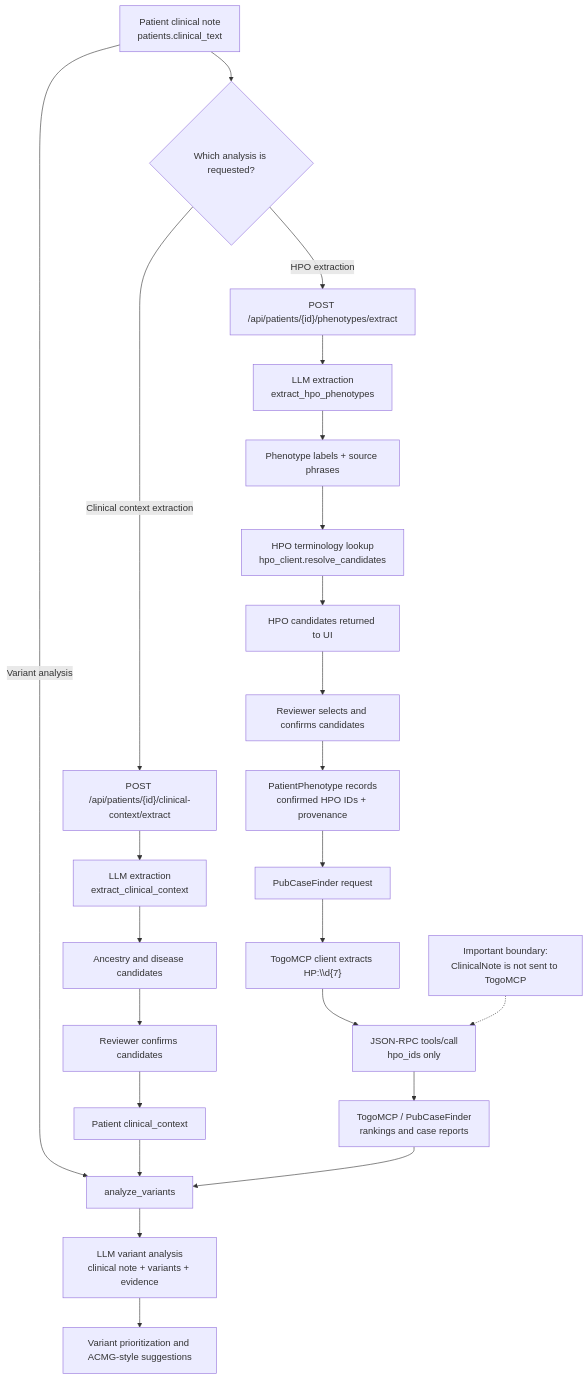
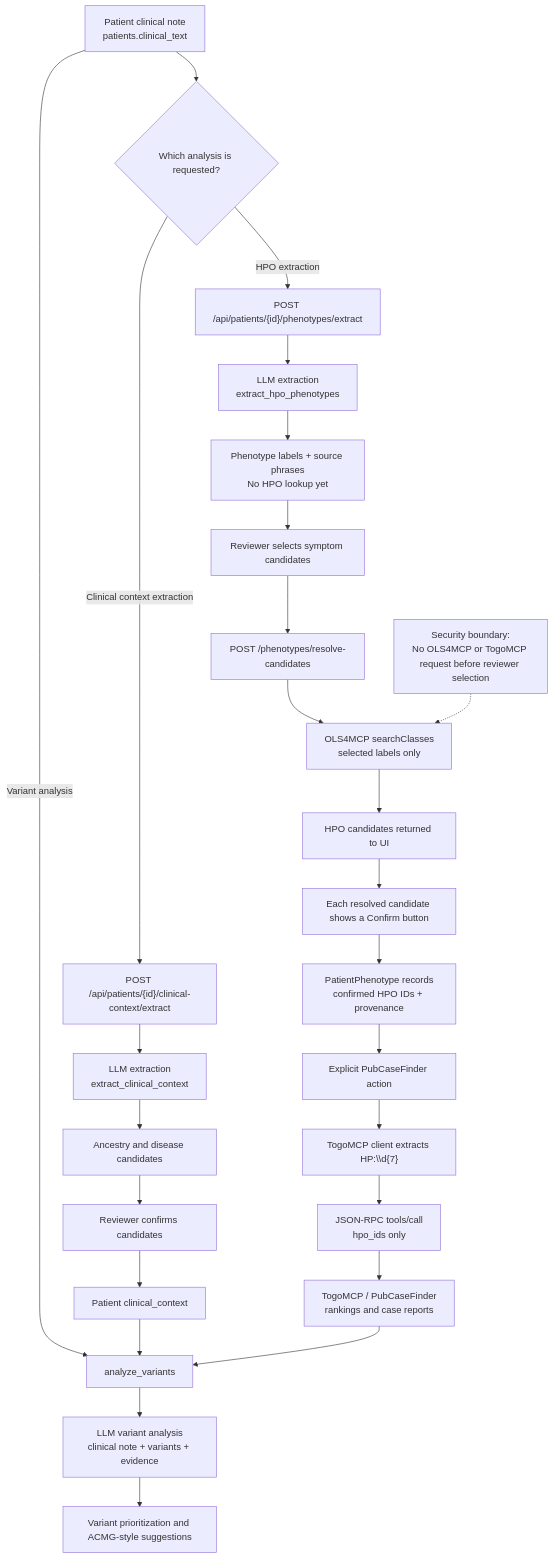
The diagram in docs/clinical-note-analysis.md (PubCaseFinder/expertboard), drawn with Mermaid before and after one commit. The commit also changed other lines of this file and 7 other files, not shown here.

First line of the commit message:
feat: add consent-based HPO resolution via OLS4MCP

````diff
--- a/docs/clinical-note-analysis.md
+++ b/docs/clinical-note-analysis.md
@@ -18,31 +19,33 @@
 ```mermaid
 flowchart TD
     A["Patient clinical note<br/>patients.clinical_text"] --> B{"Which analysis is requested?"}
 
     B -->|HPO extraction| C["POST /api/patients/{id}/phenotypes/extract"]
     C --> D["LLM extraction<br/>extract_hpo_phenotypes"]
-    D --> E["Phenotype labels + source phrases"]
-    E --> F["HPO terminology lookup<br/>hpo_client.resolve_candidates"]
-    F --> G["HPO candidates returned to UI"]
-    G --> H["Reviewer selects and confirms candidates"]
-    H --> I["PatientPhenotype records<br/>confirmed HPO IDs + provenance"]
+    D --> P["Phenotype labels + source phrases<br/>No HPO lookup yet"]
+    P --> Q["Reviewer selects symptom candidates"]
+    Q --> R["POST /phenotypes/resolve-candidates"]
+    R --> S["OLS4MCP searchClasses<br/>selected labels only"]
+    S --> T["HPO candidates returned to UI"]
+    T --> U["Each resolved candidate shows a Confirm button"]
+    U --> V["PatientPhenotype records<br/>confirmed HPO IDs + provenance"]
 
     B -->|Clinical context extraction| J["POST /api/patients/{id}/clinical-context/extract"]
     J --> K["LLM extraction<br/>extract_clinical_context"]
     K --> L["Ancestry and disease candidates"]
     L --> M["Reviewer confirms candidates"]
     M --> N["Patient clinical_context"]
 
-    I --> O["PubCaseFinder request"]
-    O --> P["TogoMCP client extracts HP:\\d{7}"]
-    P --> Q["JSON-RPC tools/call<br/>hpo_ids only"]
-    Q --> R["TogoMCP / PubCaseFinder<br/>rankings and case reports"]
+    V --> W["Explicit PubCaseFinder action"]
+    W --> X["TogoMCP client extracts HP:\\d{7}"]
+    X --> Y["JSON-RPC tools/call<br/>hpo_ids only"]
+    Y --> Z["TogoMCP / PubCaseFinder<br/>rankings and case reports"]
 
-    A -->|Variant analysis| S["analyze_variants"]
-    N --> S
-    R --> S
-    S --> T["LLM variant analysis<br/>clinical note + variants + evidence"]
-    T --> U["Variant prioritization and ACMG-style suggestions"]
+    A -->|Variant analysis| AA["analyze_variants"]
+    N --> AA
+    Z --> AA
+    AA --> AB["LLM variant analysis<br/>clinical note + variants + evidence"]
+    AB --> AC["Variant prioritization and ACMG-style suggestions"]
 
-    X["Important boundary:<br/>ClinicalNote is not sent to TogoMCP"] -.-> Q
+    AD["Security boundary:<br/>No OLS4MCP or TogoMCP request before reviewer selection"] -.-> S
 ```
````
